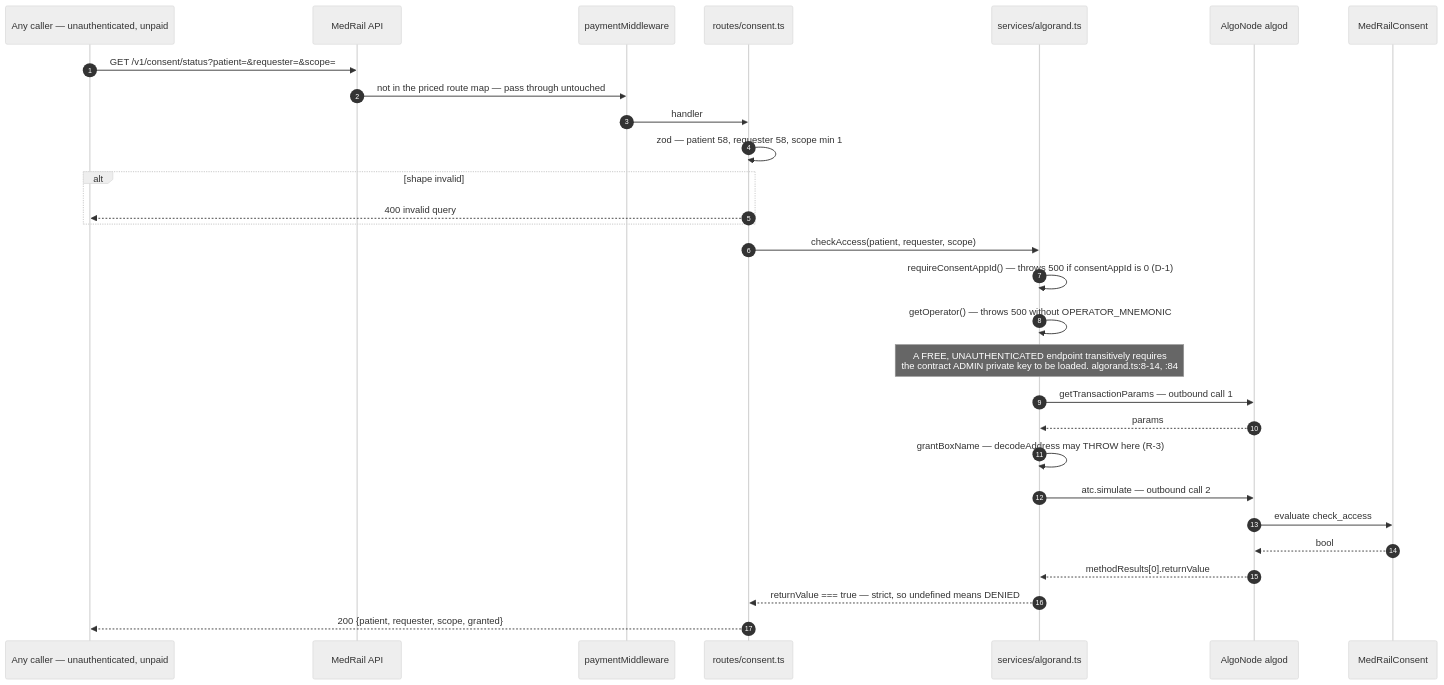
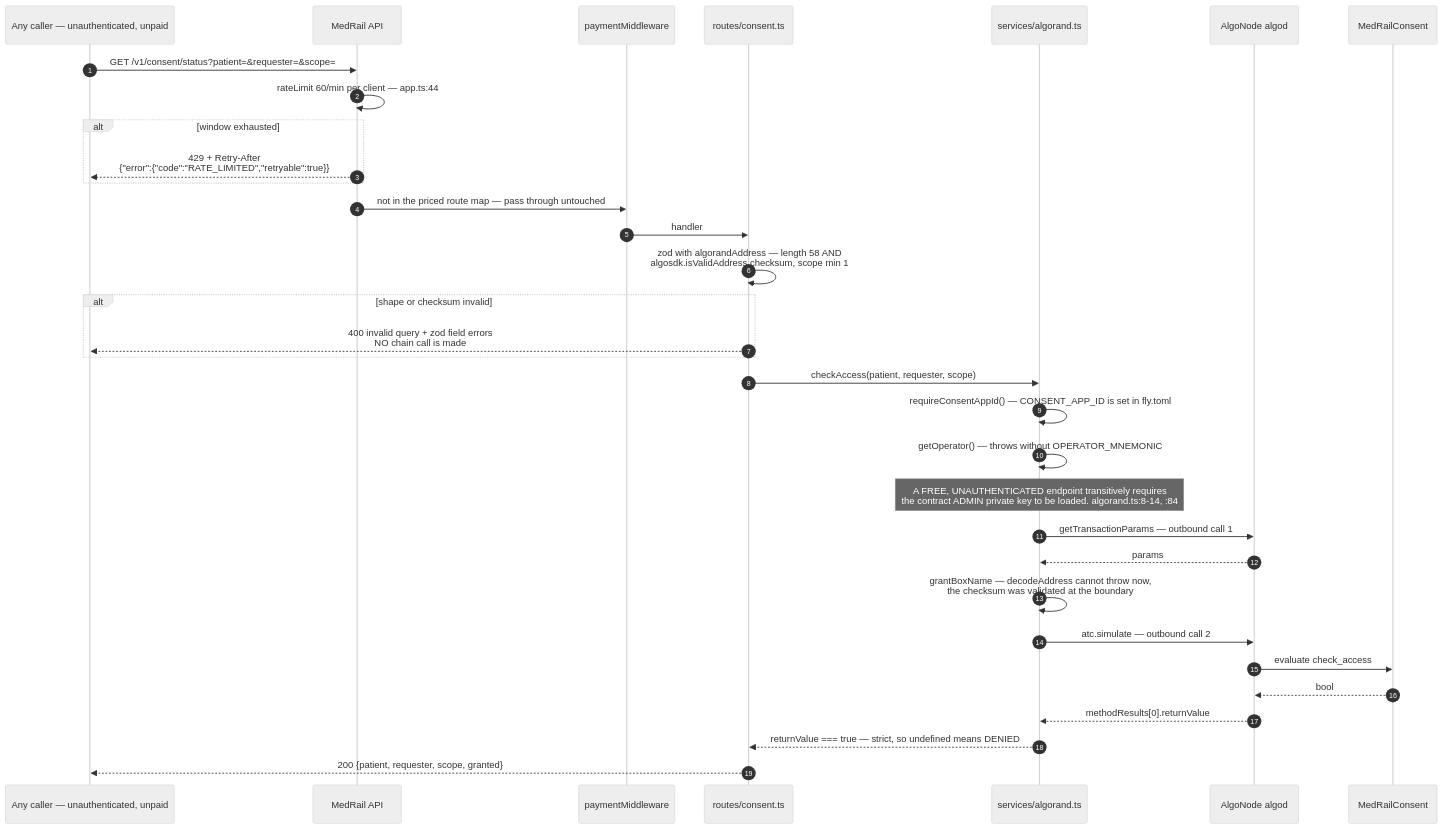
Before and after one commit to Hydra-Of-Malice/Medrail: the sixth of 9 diagrams in docs/03_Architecture/Sequence_Diagrams.md, drawn with Mermaid (neutral theme). The commit also changed other lines of this file and 77 other files, not shown here.

````diff
--- a/docs/03_Architecture/Sequence_Diagrams.md
+++ b/docs/03_Architecture/Sequence_Diagrams.md
@@ -287,34 +304,38 @@
 ```mermaid
 sequenceDiagram
     autonumber
     participant Caller as Any caller — unauthenticated, unpaid
     participant API as MedRail API
     participant Pay as paymentMiddleware
     participant Con as routes/consent.ts
     participant Gw as services/algorand.ts
     participant Algod as AlgoNode algod
     participant App as MedRailConsent
 
     Caller->>API: GET /v1/consent/status?patient=&requester=&scope=
+    API->>API: rateLimit 60/min per client — app.ts:44
+    alt window exhausted
+        API-->>Caller: 429 + Retry-After<br/>{"error":{"code":"RATE_LIMITED","retryable":true}}
+    end
     API->>Pay: not in the priced route map — pass through untouched
     Pay->>Con: handler
-    Con->>Con: zod — patient 58, requester 58, scope min 1
-    alt shape invalid
-        Con-->>Caller: 400 invalid query
+    Con->>Con: zod with algorandAddress — length 58 AND<br/>algosdk.isValidAddress checksum, scope min 1
+    alt shape or checksum invalid
+        Con-->>Caller: 400 invalid query + zod field errors<br/>NO chain call is made
     end
 
     Con->>Gw: checkAccess(patient, requester, scope)
-    Gw->>Gw: requireConsentAppId() — throws 500 if consentAppId is 0 (D-1)
-    Gw->>Gw: getOperator() — throws 500 without OPERATOR_MNEMONIC
+    Gw->>Gw: requireConsentAppId() — CONSENT_APP_ID is set in fly.toml
+    Gw->>Gw: getOperator() — throws without OPERATOR_MNEMONIC
     Note over Gw: A FREE, UNAUTHENTICATED endpoint transitively requires<br/>the contract ADMIN private key to be loaded. algorand.ts:8-14, :84
 
     Gw->>Algod: getTransactionParams — outbound call 1
     Algod-->>Gw: params
-    Gw->>Gw: grantBoxName — decodeAddress may THROW here (R-3)
+    Gw->>Gw: grantBoxName — decodeAddress cannot throw now,<br/>the checksum was validated at the boundary
     Gw->>Algod: atc.simulate — outbound call 2
     Algod->>App: evaluate check_access
     App-->>Algod: bool
     Algod-->>Gw: methodResults[0].returnValue
     Gw-->>Con: returnValue === true — strict, so undefined means DENIED
     Con-->>Caller: 200 {patient, requester, scope, granted}
 ```
````
